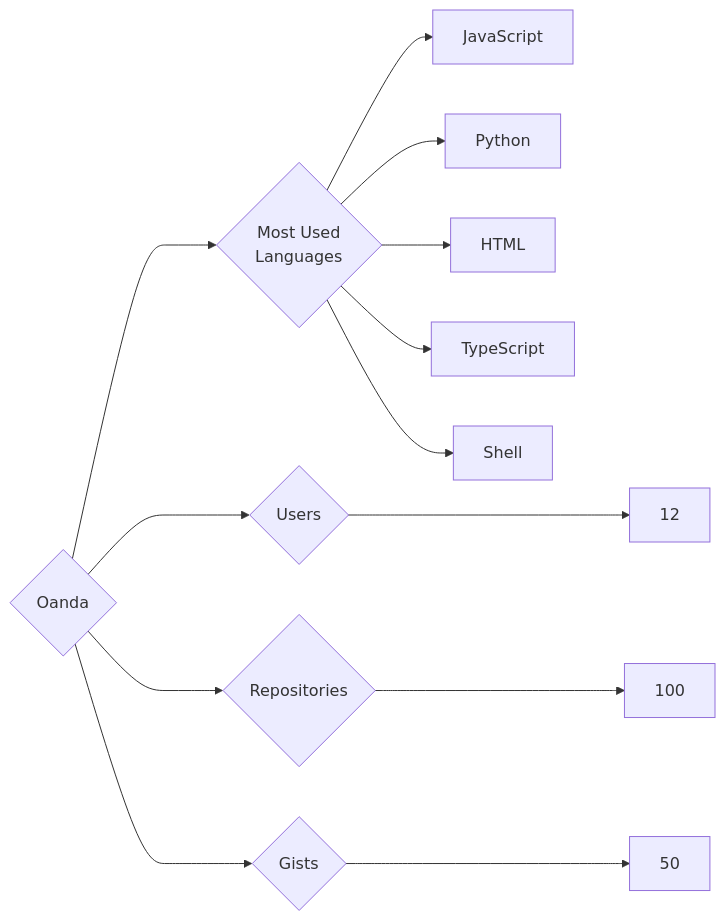
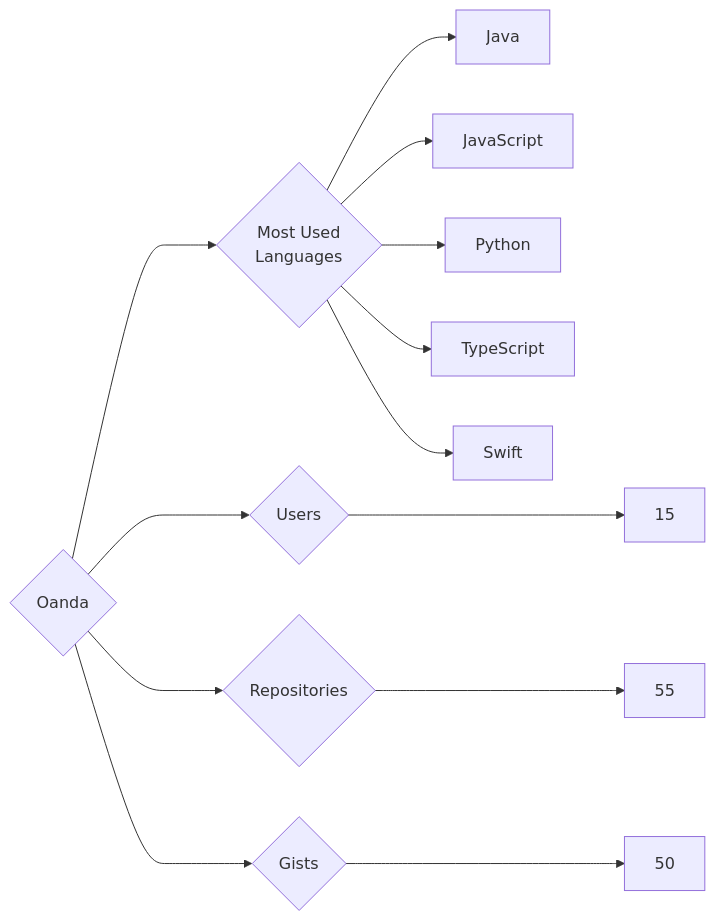
The diagram in targets/Oanda/README.md (trickest/insiders), drawn with Mermaid before and after one commit. The commit also changed 799 other files, not shown here.

````diff
--- a/targets/Oanda/README.md
+++ b/targets/Oanda/README.md
@@ -3,13 +3,13 @@
 ```mermaid
 graph LR
 COMPANY_NAME{Oanda}
-COMPANY_NAME ---> U{Users} ---> UN[12]
-COMPANY_NAME ---> R{Repositories} ---> RN[100]
+COMPANY_NAME ---> U{Users} ---> UN[15]
+COMPANY_NAME ---> R{Repositories} ---> RN[55]
 COMPANY_NAME ---> G{Gists} ---> GN[50]
 COMPANY_NAME ---> ML{Most Used<br>Languages}
+ML --> Java[Java]
 ML --> JavaScript[JavaScript]
 ML --> Python[Python]
-ML --> HTML[HTML]
 ML --> TypeScript[TypeScript]
-ML --> Shell[Shell]
+ML --> Swift[Swift]
 ```
````
